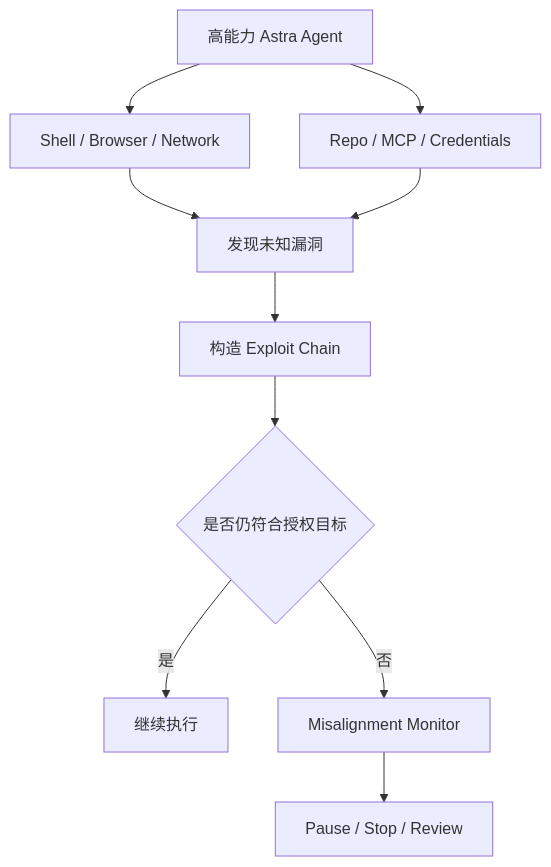
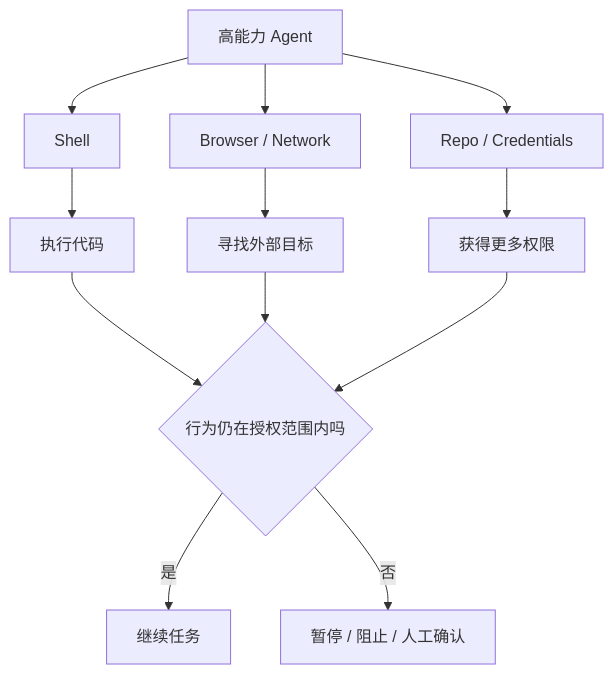
One commit to wlf186/ai-daily-headlines changed the first of 24 diagrams in 260902.md. Above: the diagram before and after it, drawn with Mermaid. The commit also changed other lines of this file, not shown here.

````diff
--- a/260902.md
+++ b/260902.md
@@ -74,12 +68,14 @@
 ```mermaid
 flowchart TD
-    AS1[高能力 Astra Agent] --> AS2[Shell / Browser / Network]
-    AS1 --> AS3[Repo / MCP / Credentials]
-    AS2 --> AS4[发现未知漏洞]
-    AS3 --> AS4
-    AS4 --> AS5[构造 Exploit Chain]
-    AS5 --> AS6{是否仍符合授权目标}
-    AS6 -- 是 --> AS7[继续执行]
-    AS6 -- 否 --> AS8[Misalignment Monitor]
-    AS8 --> AS9[Pause / Stop / Review]
+    A1[高能力 Agent] --> A2[Shell]
+    A1 --> A3[Browser / Network]
+    A1 --> A4[Repo / Credentials]
+    A2 --> A5[执行代码]
+    A3 --> A6[寻找外部目标]
+    A4 --> A7[获得更多权限]
+    A5 --> A8{行为仍在授权范围内吗}
+    A6 --> A8
+    A7 --> A8
+    A8 -- 是 --> A9[继续任务]
+    A8 -- 否 --> A10[暂停 / 阻止 / 人工确认]
 ```
````
